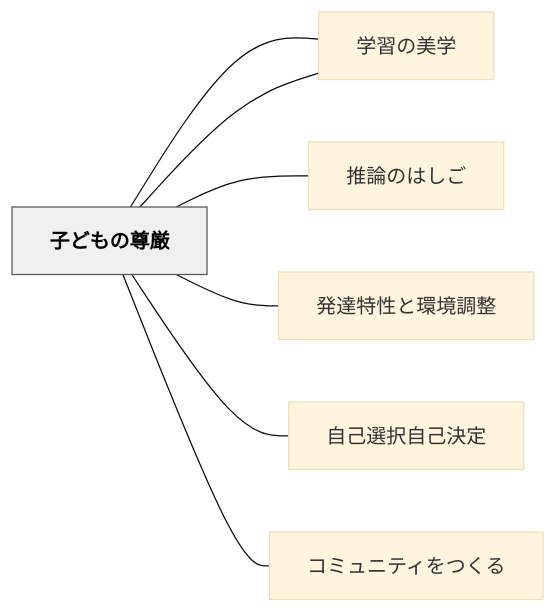
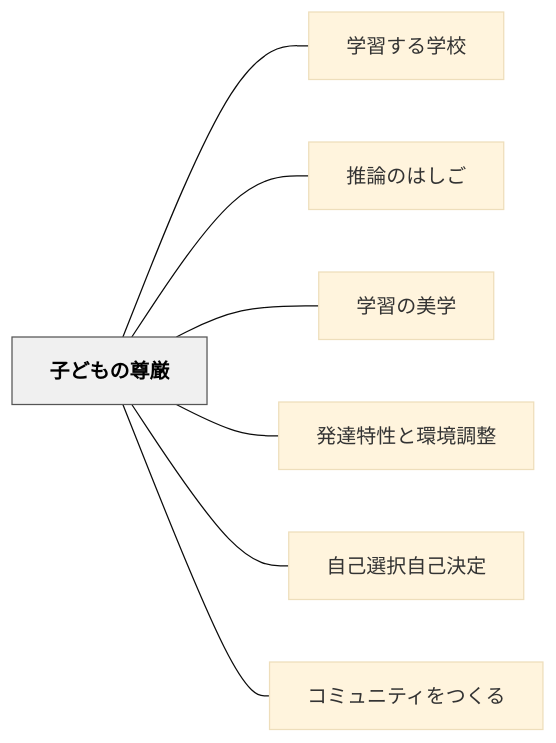
The diagram in content/パタン/子どもの尊厳.md (unknownthings-ed-patterns/unknownthings-ed-patterns), drawn with Mermaid (base theme) before and after one commit. The commit also changed 527 other files, not shown here.

````diff
--- a/content/パタン/子どもの尊厳.md
+++ b/content/パタン/子どもの尊厳.md
@@ -125,20 +125,20 @@
 ```mermaid
 flowchart LR
-    ne5ad90e381a9["子どもの尊厳"]
-    ne5ada6e7bf92["学習する学校"]
-    ne68ea8e8ab96["推論のはしご"]
-    ne5ada6e7bf92["学習の美学"]
-    ne799bae98194["発達特性と環境調整"]
-    ne887aae5b7b1["自己選択自己決定"]
-    ne382b3e3839f["コミュニティをつくる"]
+    ne5ad90e381a9e38282e381aee5b08ae58eb3["子どもの尊厳"]
+    ne5ada6e7bf92e38199e3828be5ada6e6a0a1["学習する学校"]
+    ne68ea8e8ab96e381aee381afe38197e38194["推論のはしご"]
+    ne5ada6e7bf92e381aee7be8ee5ada6["学習の美学"]
+    ne799bae98194e789b9e680a7e381a8e792b0e5a283e8aabfe695b4["発達特性と環境調整"]
+    ne887aae5b7b1e981b8e68a9ee887aae5b7b1e6b1bae5ae9a["自己選択自己決定"]
+    ne382b3e3839fe383a5e3838be38386e382a3e38292e381a4e3818fe3828b["コミュニティをつくる"]
 
-    ne5ad90e381a9 --- ne5ada6e7bf92
-    ne5ad90e381a9 --- ne68ea8e8ab96
-    ne5ad90e381a9 --- ne5ada6e7bf92
-    ne5ad90e381a9 --- ne799bae98194
-    ne5ad90e381a9 --- ne887aae5b7b1
-    ne5ad90e381a9 --- ne382b3e3839f
+    ne5ad90e381a9e38282e381aee5b08ae58eb3 --- ne5ada6e7bf92e38199e3828be5ada6e6a0a1
+    ne5ad90e381a9e38282e381aee5b08ae58eb3 --- ne68ea8e8ab96e381aee381afe38197e38194
+    ne5ad90e381a9e38282e381aee5b08ae58eb3 --- ne5ada6e7bf92e381aee7be8ee5ada6
+    ne5ad90e381a9e38282e381aee5b08ae58eb3 --- ne799bae98194e789b9e680a7e381a8e792b0e5a283e8aabfe695b4
+    ne5ad90e381a9e38282e381aee5b08ae58eb3 --- ne887aae5b7b1e981b8e68a9ee887aae5b7b1e6b1bae5ae9a
+    ne5ad90e381a9e38282e381aee5b08ae58eb3 --- ne382b3e3839fe383a5e3838be38386e382a3e38292e381a4e3818fe3828b
 
     classDef hub fill:#f0f0f0,stroke:#555,color:#000,font-weight:bold
-    class ne5ad90e381a9 hub
+    class ne5ad90e381a9e38282e381aee5b08ae58eb3 hub
 ```
````
